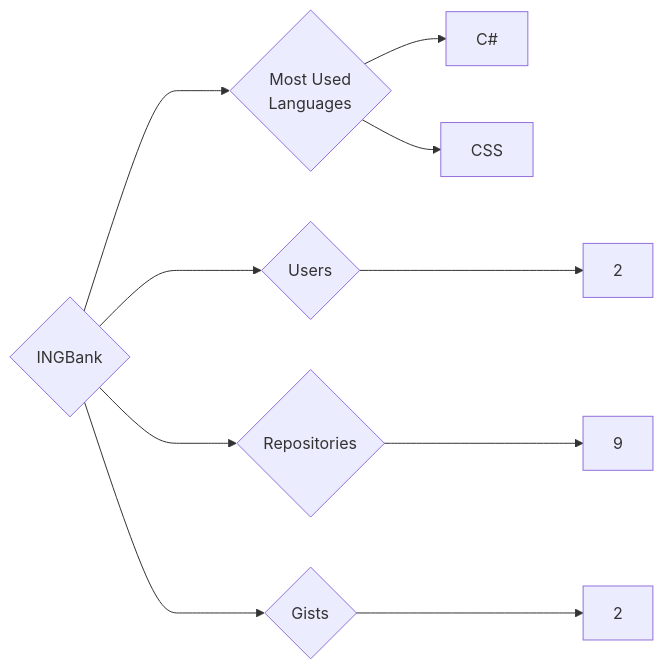
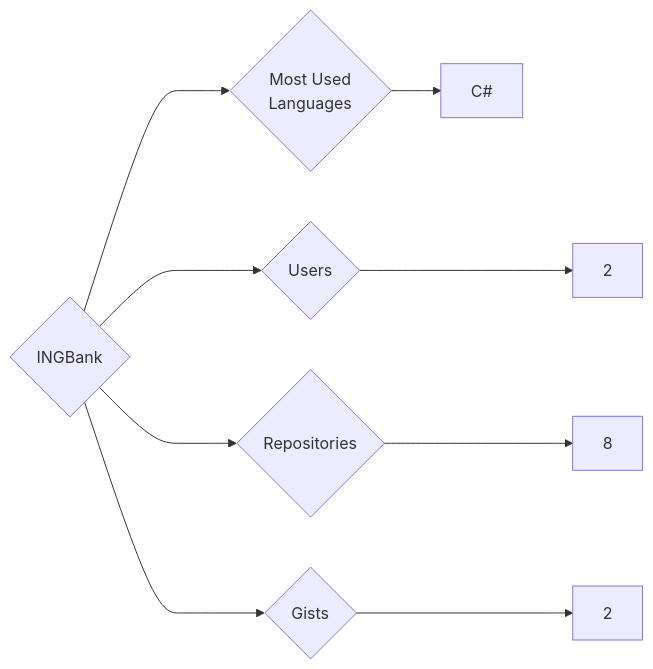
The diagram in targets/INGBank/README.md (trickest/insiders), drawn with Mermaid before and after one commit. The commit also changed 1084 other files, not shown here.

````diff
--- a/targets/INGBank/README.md
+++ b/targets/INGBank/README.md
@@ -3,10 +3,9 @@
 ```mermaid
 graph LR
 COMPANY_NAME{INGBank}
 COMPANY_NAME ---> U{Users} ---> UN[2]
-COMPANY_NAME ---> R{Repositories} ---> RN[9]
+COMPANY_NAME ---> R{Repositories} ---> RN[8]
 COMPANY_NAME ---> G{Gists} ---> GN[2]
 COMPANY_NAME ---> ML{Most Used<br>Languages}
 ML --> C#[C#]
-ML --> CSS[CSS]
 ```
````
